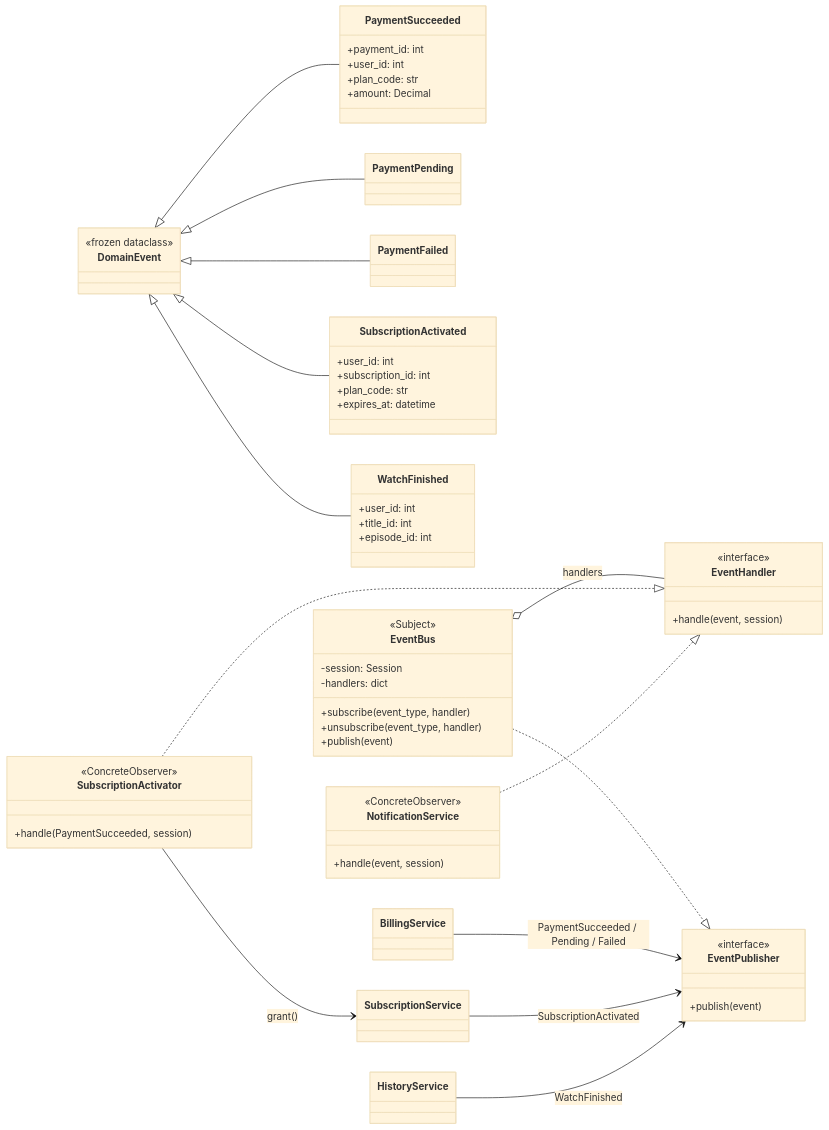
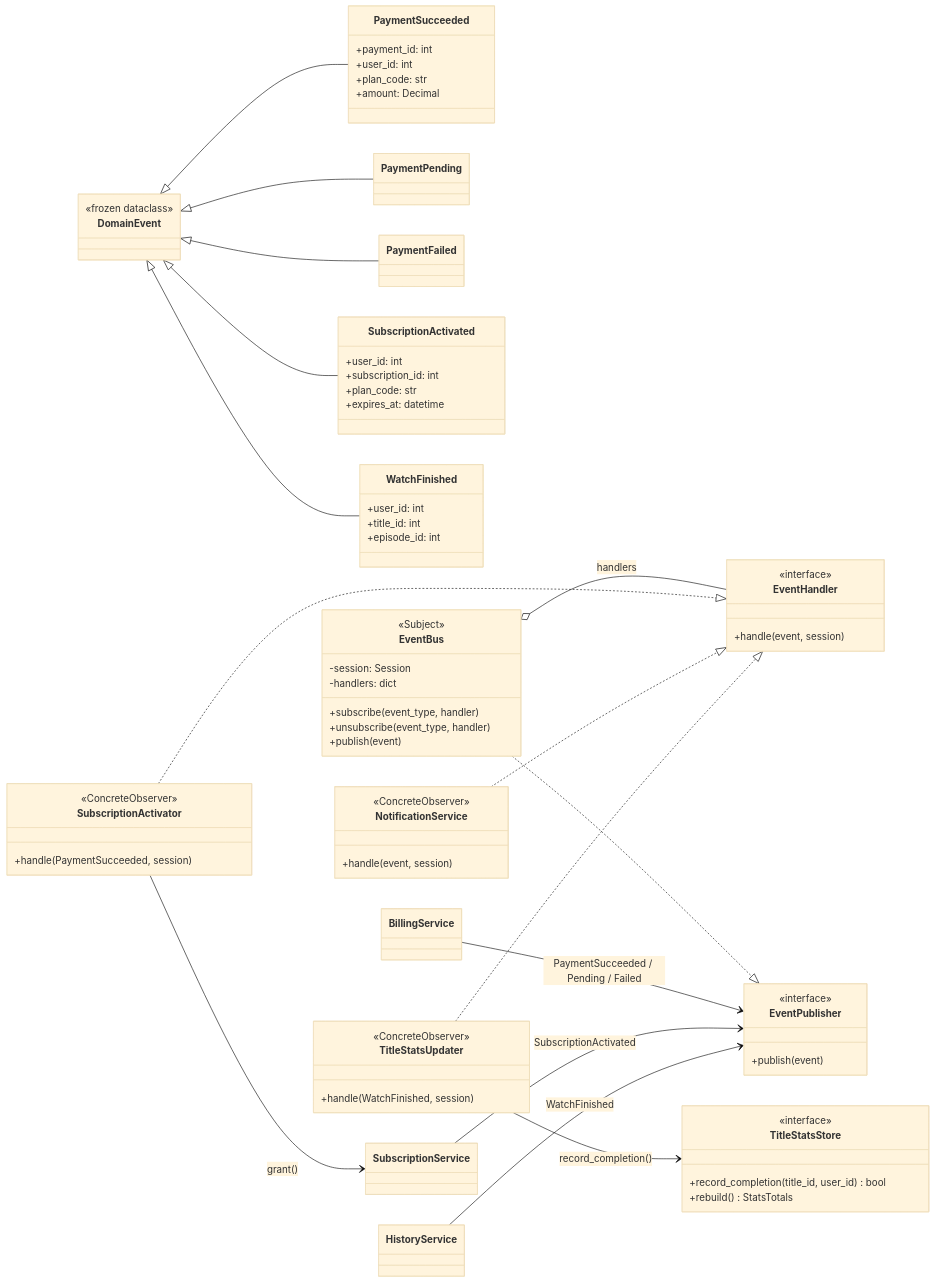
One commit to MatskoDanylo/Software-doc-design-coursework changed the seventh of 13 diagrams in docs/ARCHITECTURE.md. Above: the diagram before and after it, drawn with Mermaid (base theme). The commit also changed other lines of this file, not shown here.

Commit message:
docs: describe strategy, template method, stats observer and admin settings

````diff
--- a/docs/ARCHITECTURE.md
+++ b/docs/ARCHITECTURE.md
@@ -458,66 +526,77 @@
 ```mermaid
 classDiagram
     direction LR
     class DomainEvent {
         <<frozen dataclass>>
     }
     class PaymentSucceeded {
         +payment_id: int
         +user_id: int
         +plan_code: str
         +amount: Decimal
     }
     class PaymentPending
     class PaymentFailed
     class SubscriptionActivated {
         +user_id: int
         +subscription_id: int
         +plan_code: str
         +expires_at: datetime
     }
     class WatchFinished {
         +user_id: int
         +title_id: int
         +episode_id: int
     }
     class EventPublisher {
         <<interface>>
         +publish(event)
     }
     class EventHandler {
         <<interface>>
         +handle(event, session)
     }
     class EventBus {
         <<Subject>>
         -session: Session
         -handlers: dict
         +subscribe(event_type, handler)
         +unsubscribe(event_type, handler)
         +publish(event)
     }
     class SubscriptionActivator {
         <<ConcreteObserver>>
         +handle(PaymentSucceeded, session)
     }
     class NotificationService {
         <<ConcreteObserver>>
         +handle(event, session)
     }
+    class TitleStatsUpdater {
+        <<ConcreteObserver>>
+        +handle(WatchFinished, session)
+    }
+    class TitleStatsStore {
+        <<interface>>
+        +record_completion(title_id, user_id) bool
+        +rebuild() StatsTotals
+    }
     class BillingService
     class SubscriptionService
     class HistoryService
     DomainEvent <|-- PaymentSucceeded
     DomainEvent <|-- PaymentPending
     DomainEvent <|-- PaymentFailed
     DomainEvent <|-- SubscriptionActivated
     DomainEvent <|-- WatchFinished
     EventBus ..|> EventPublisher
     EventBus o-- EventHandler : handlers
     SubscriptionActivator ..|> EventHandler
     NotificationService ..|> EventHandler
+    TitleStatsUpdater ..|> EventHandler
+    TitleStatsUpdater --> TitleStatsStore : record_completion()
     BillingService --> EventPublisher : PaymentSucceeded / Pending / Failed
     SubscriptionService --> EventPublisher : SubscriptionActivated
     HistoryService --> EventPublisher : WatchFinished
     SubscriptionActivator --> SubscriptionService : grant()
 ```
````
